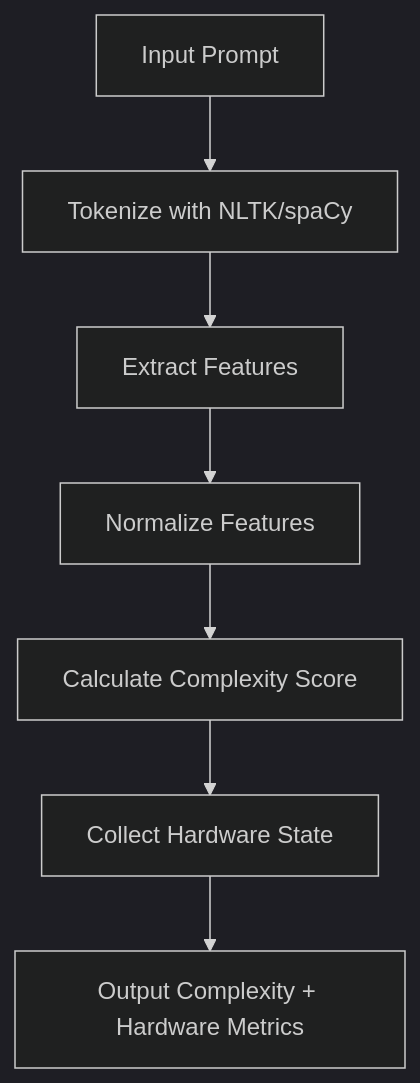
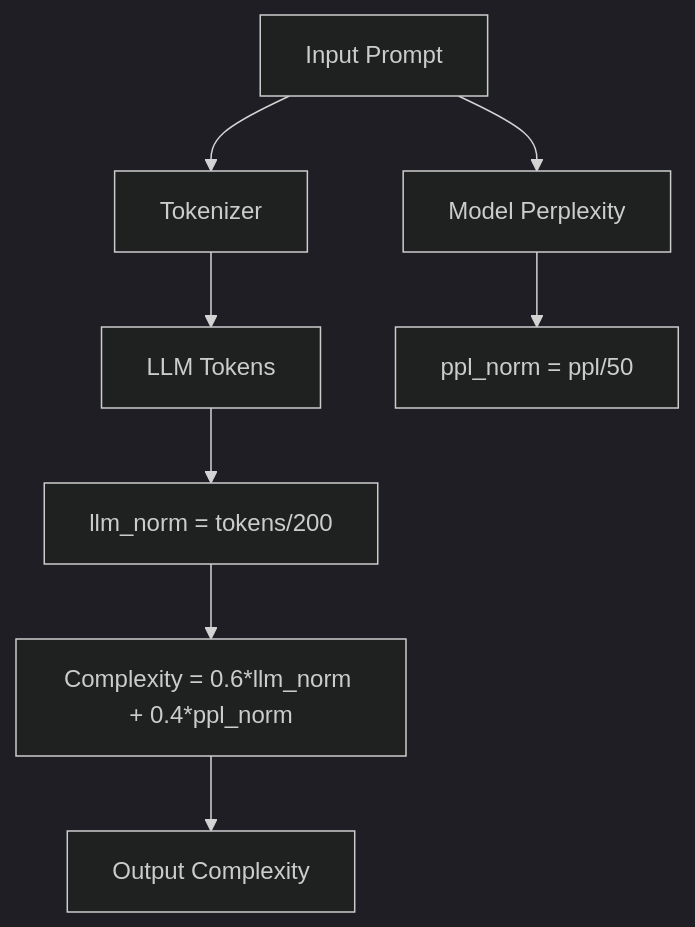
Before and after one commit to asief-iqbal/Thesis: the second of 3 diagrams in README.md, drawn with Mermaid (dark theme). The commit also changed other lines of this file, not shown here.

Commit message:
Fix Mermaid diagram parse error: remove parentheses from node labels

````diff
--- a/README.md
+++ b/README.md
@@ -245,9 +210,10 @@
 ```mermaid
 flowchart TD
-    A[Input Prompt] --> B[Tokenize with NLTK/spaCy]
-    B --> C[Extract Features]
-    C --> D[Normalize Features]
-    D --> E[Calculate Complexity Score]
-    E --> F[Collect Hardware State]
-    F --> G[Output Complexity + Hardware Metrics]
+    A[Input Prompt] --> B[Tokenizer]
+    B --> C[LLM Tokens]
+    A --> D[Model Perplexity]
+    C --> E[llm_norm = tokens/200]
+    D --> F[ppl_norm = ppl/50]
+    E --> G[Complexity = 0.6*llm_norm + 0.4*ppl_norm]
+    G --> H[Output Complexity]
 ```
````
